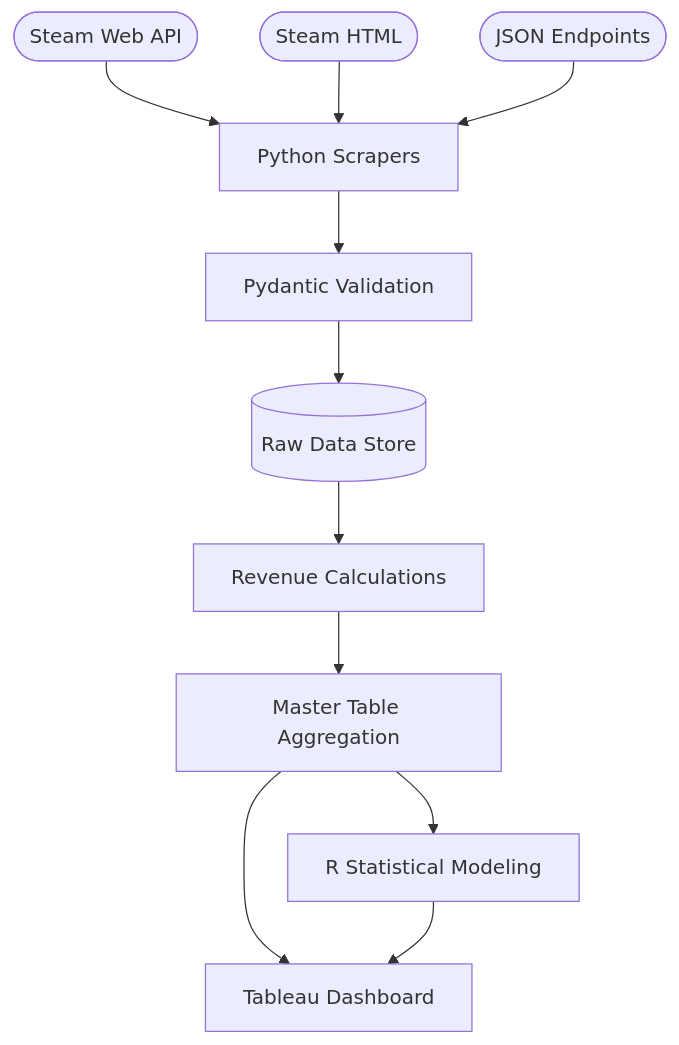
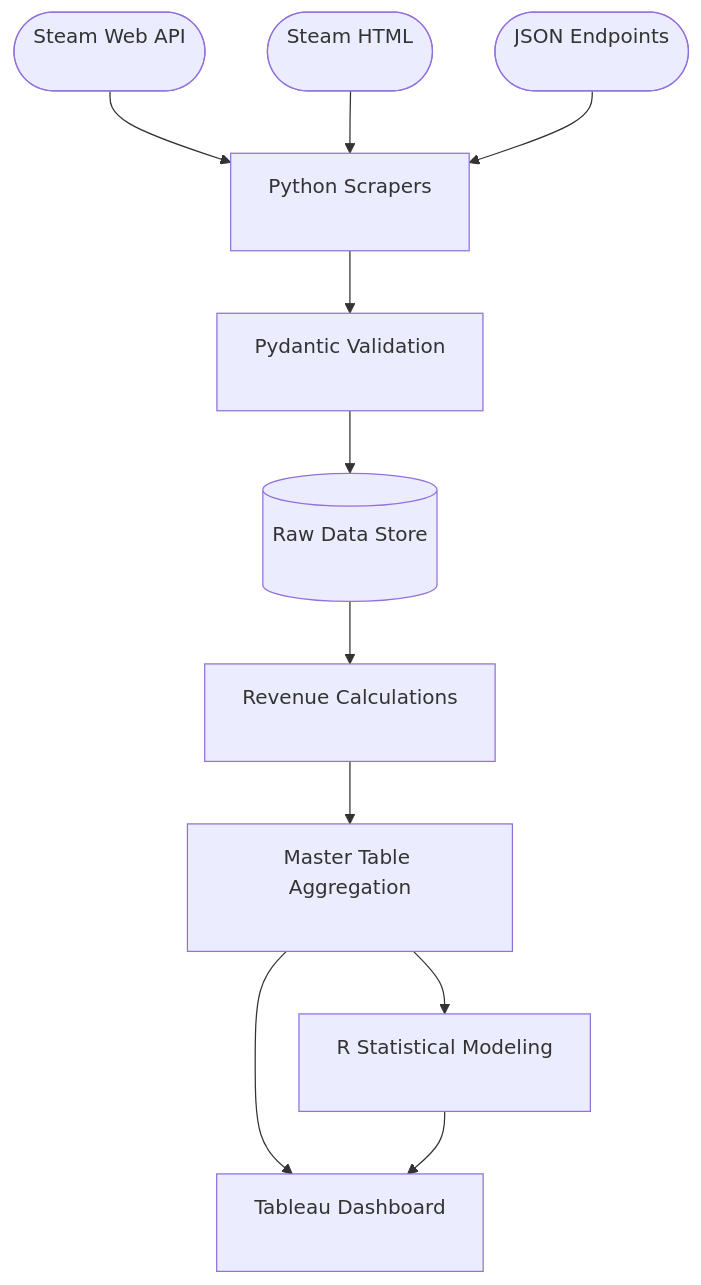
Before and after one commit to abeyer19/Steam-Analytics-Dashboard: the diagram in README.md, drawn with Mermaid.

Commit message:
Modify mermaid diagram node labels for clarity
Updated node labels in the mermaid diagram to include line breaks.

````diff
--- a/README.md
+++ b/README.md
@@ -19,24 +19,24 @@
 ```mermaid
 graph TD
     %% Node Definitions
-    A([Steam Web API])
-    B([Steam HTML])
-    C([JSON Endpoints])
-    D[Python Scrapers]
-    E[Pydantic Validation]
-    F[(Raw Data Store)]
-    G[Revenue Calculations]
-    H[Master Table Aggregation]
-    I[R Statistical Modeling]
-    J[Tableau Dashboard]
+    A([Steam Web API<br/><br/>])
+    B([Steam HTML<br/><br/>])
+    C([JSON Endpoints<br/><br/>])
+    D[Python Scrapers<br/><br/>]
+    E[Pydantic Validation<br/><br/>]
+    F[(Raw Data Store<br/><br/>)]
+    G[Revenue Calculations<br/><br/>]
+    H[Master Table Aggregation<br/><br/>]
+    I[R Statistical Modeling<br/><br/>]
+    J[Tableau Dashboard<br/><br/>]
 
     %% Connections
     A & B & C --> D
     D --> E
     E --> F
     F --> G
     G --> H
     H --> I
     H --> J
     I --> J
 ```
````
